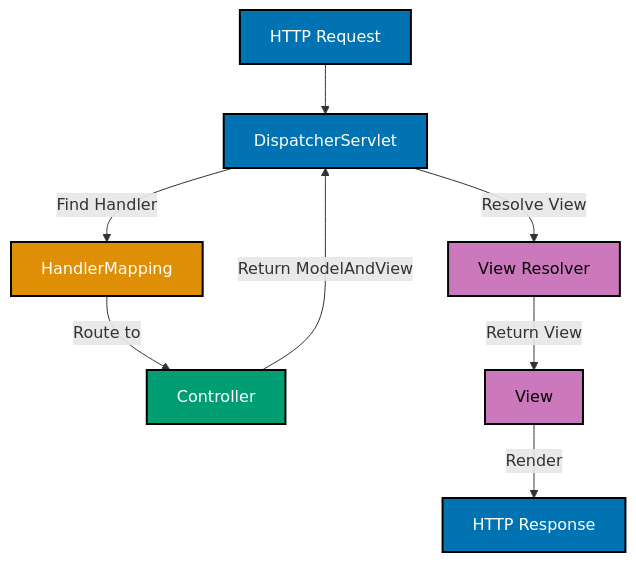
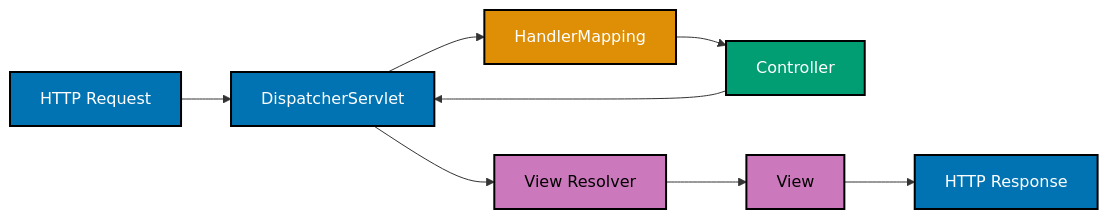
The diagram in docs/explanation/software-engineering/platform-web/tools/jvm-spring/web-mvc.md (wahidyankf/open-sharia-enterprise), drawn with Mermaid before and after one commit. The commit also changed 22 other files, not shown here.

First line of the commit message:
fix(docs): fix mermaid violations in platform-web docs

````diff
--- a/docs/explanation/software-engineering/platform-web/tools/jvm-spring/web-mvc.md
+++ b/docs/explanation/software-engineering/platform-web/tools/jvm-spring/web-mvc.md
@@ -44,26 +44,26 @@
 ```mermaid
 %% Color Palette: Blue #0173B2, Orange #DE8F05, Teal #029E73, Purple #CC78BC
 %% All colors are color-blind friendly and meet WCAG AA contrast standards
 
-graph TD
+graph LR
     A["HTTP Request"]:::blue
     B["DispatcherServlet"]:::blue
     C["HandlerMapping"]:::orange
     D["Controller"]:::teal
     E["View Resolver"]:::purple
     F["View"]:::purple
     G["HTTP Response"]:::blue
 
     A --> B
-    B -->|Find Handler| C
-    C -->|Route to| D
-    D -->|Return ModelAndView| B
-    B -->|Resolve View| E
-    E -->|Return View| F
-    F -->|Render| G
+    B --> C
+    C --> D
+    D --> B
+    B --> E
+    E --> F
+    F --> G
 
     classDef blue fill:#0173B2,stroke:#000000,color:#FFFFFF,stroke-width:2px
     classDef orange fill:#DE8F05,stroke:#000000,color:#FFFFFF,stroke-width:2px
     classDef teal fill:#029E73,stroke:#000000,color:#FFFFFF,stroke-width:2px
     classDef purple fill:#CC78BC,stroke:#000000,color:#000000,stroke-width:2px
 ```
````
